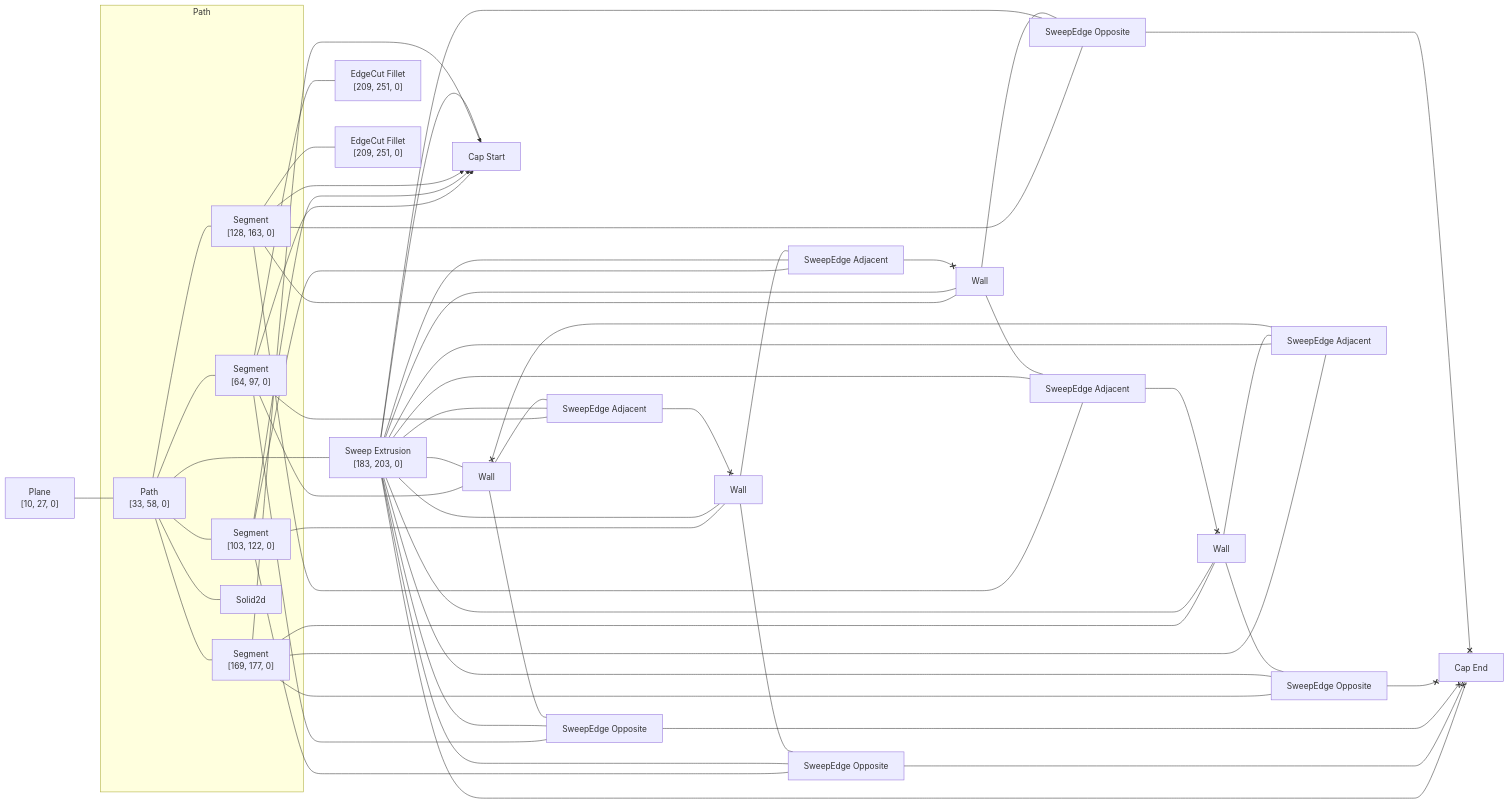
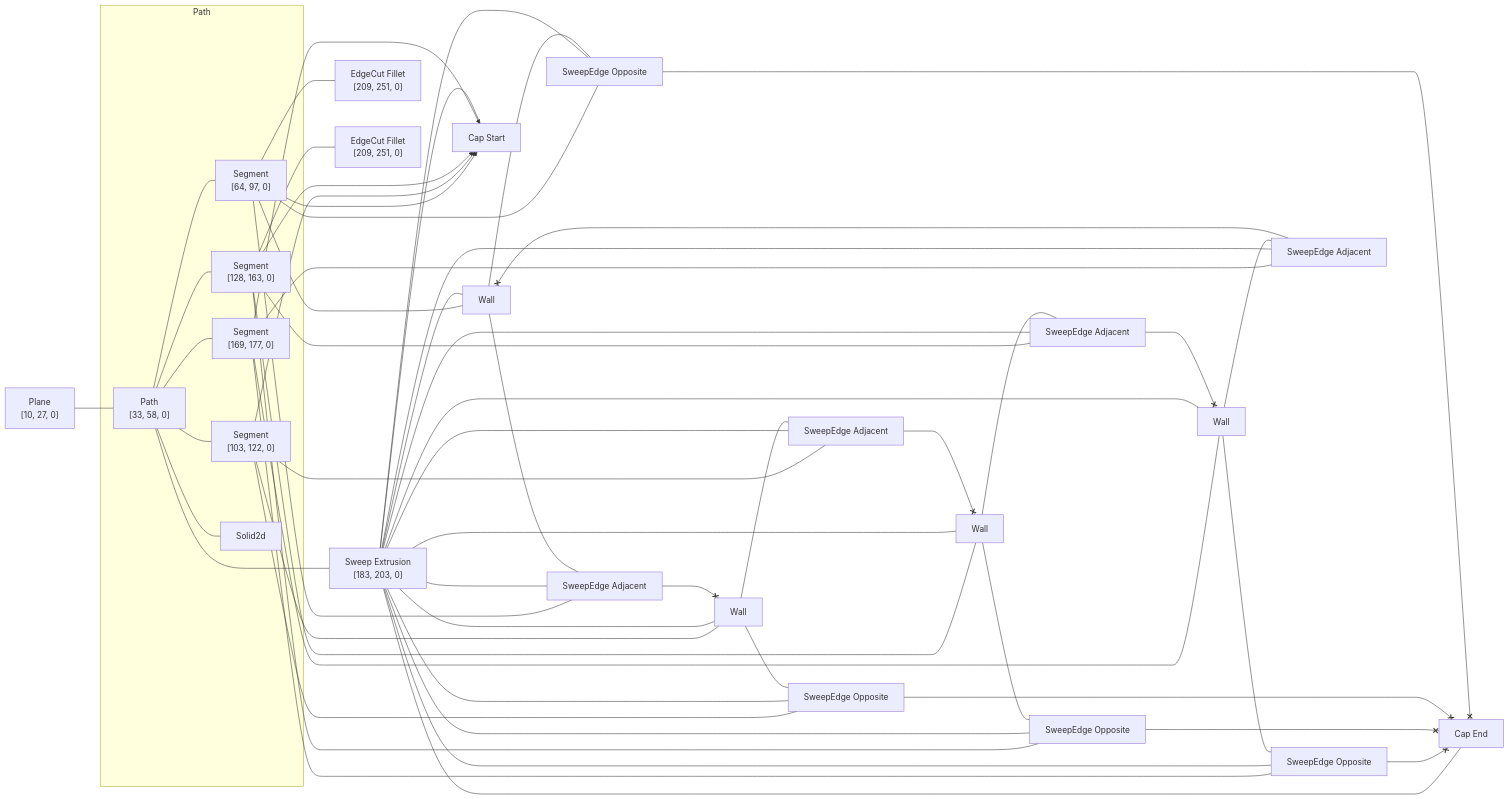
Before and after one commit to rajgandhi1/modeling-app: the diagram in rust/kcl-lib/tests/basic_fillet_cube_start/artifact_graph_flowchart.snap.md, drawn with Mermaid. The commit also changed 101 other files, not shown here.

```diff
--- a/rust/kcl-lib/tests/basic_fillet_cube_start/artifact_graph_flowchart.snap.md
+++ b/rust/kcl-lib/tests/basic_fillet_cube_start/artifact_graph_flowchart.snap.md
@@ -35,21 +35,21 @@
   2 ---- 8
   3 --- 12
   3 x--> 13
-  3 --- 16
-  3 --- 21
+  3 --- 18
+  3 --- 22
   3 --- 23
   4 --- 10
   4 x--> 13
-  4 --- 15
-  4 --- 22
+  4 --- 17
+  4 --- 21
   5 --- 9
   5 x--> 13
-  5 --- 18
+  5 --- 16
   5 --- 20
   5 --- 24
   6 --- 11
   6 x--> 13
-  6 --- 17
+  6 --- 15
   6 --- 19
   8 --- 9
   8 --- 10
@@ -65,18 +65,18 @@
   8 --- 20
   8 --- 21
   8 --- 22
-  9 --- 18
+  9 --- 16
   9 --- 20
-  22 <--x 9
-  10 --- 15
-  21 <--x 10
-  10 --- 22
-  11 --- 17
+  21 <--x 9
+  10 --- 17
+  10 --- 21
+  22 <--x 10
+  11 --- 15
   11 --- 19
   20 <--x 11
-  12 --- 16
+  12 --- 18
   19 <--x 12
-  12 --- 21
+  12 --- 22
   15 <--x 14
   16 <--x 14
   17 <--x 14
```
